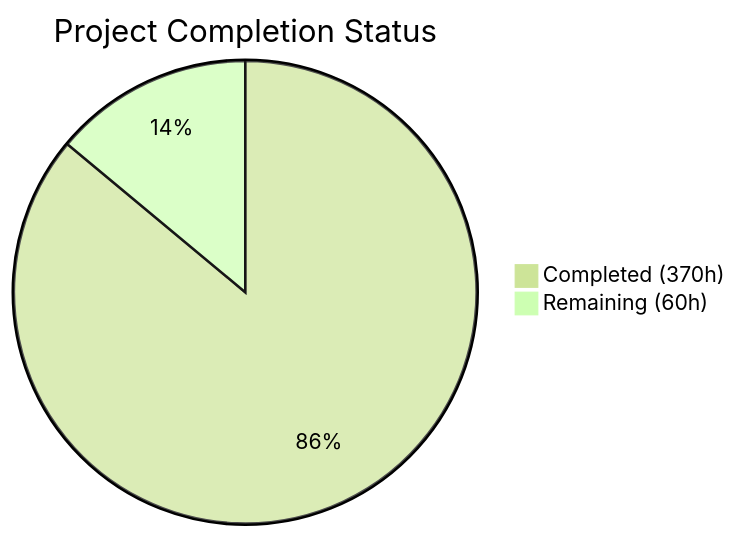
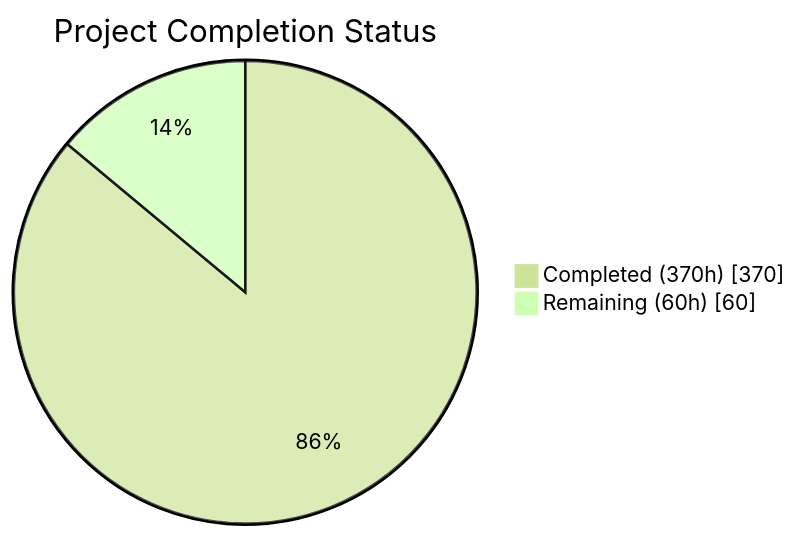
One commit to Blitzy-Sandbox/blitzy-wordpress changed the first of 3 diagrams in docs/project-guide.md. Above: the diagram before and after it, drawn with Mermaid (forest theme). The commit also changed other lines of this file and 10 other files, not shown here.

````diff
--- a/docs/project-guide.md
+++ b/docs/project-guide.md
@@ -13,5 +13,5 @@
 ```mermaid
-pie title Project Completion Status
+pie showData title Project Completion Status
     "Completed (370h)" : 370
     "Remaining (60h)" : 60
 ```
````
